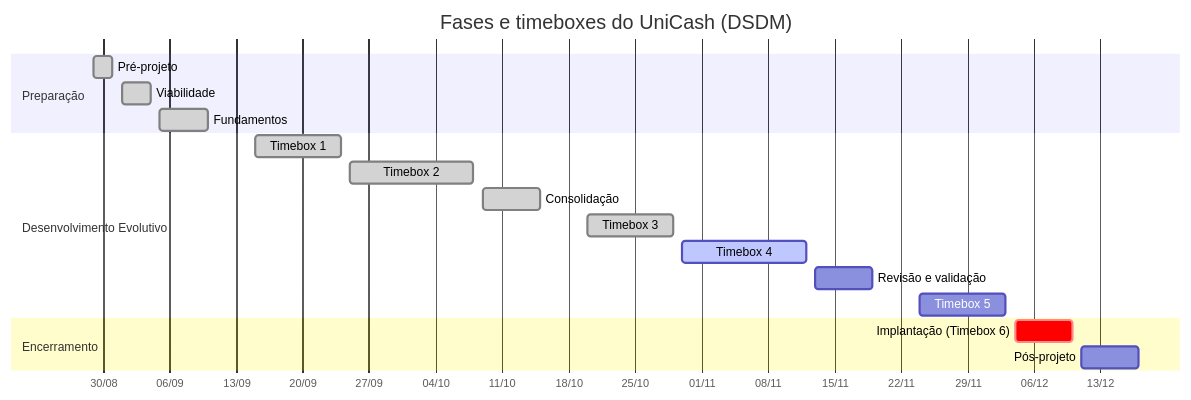
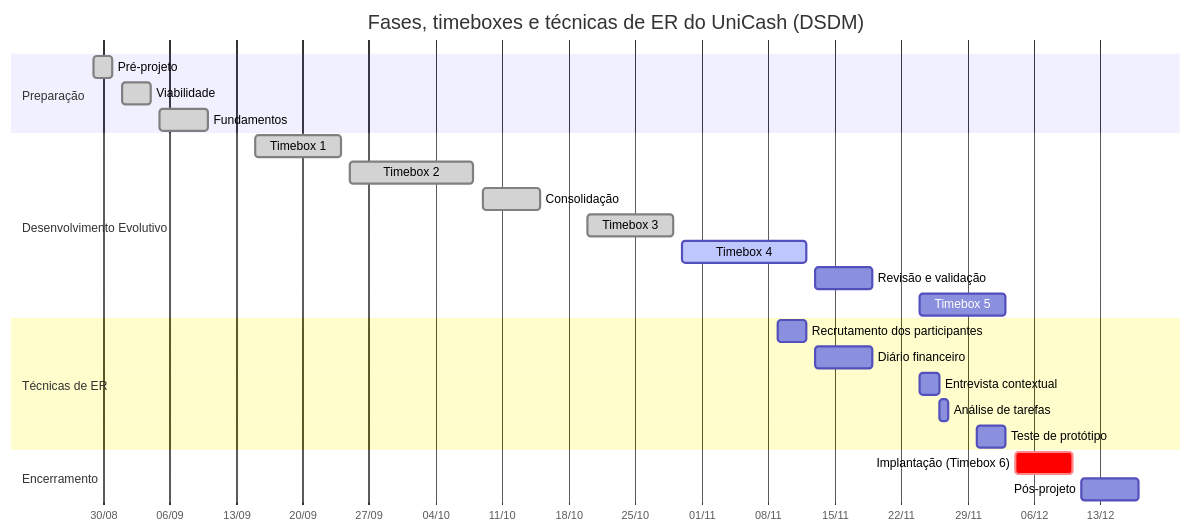
The diagram in unicash/docs/cronograma.md (mdsreq-fga-unb/REQ-2026.2-T02-UniCash), drawn with Mermaid before and after one commit. The commit also changed other lines of this file and 2 other files, not shown here.

````diff
--- a/unicash/docs/cronograma.md
+++ b/unicash/docs/cronograma.md
@@ -9,22 +23,28 @@
 ```mermaid
 gantt
-    title Fases e timeboxes do UniCash (DSDM)
+    title Fases, timeboxes e técnicas de ER do UniCash (DSDM)
     dateFormat YYYY-MM-DD
     axisFormat %d/%m
     todayMarker stroke-width:3px,stroke:#f59e0b
     section Preparação
     Pré-projeto                     :done, pp, 2026-08-29, 2026-08-31
     Viabilidade                     :done, vb, 2026-09-01, 2026-09-04
     Fundamentos                     :done, fd, 2026-09-05, 2026-09-10
     section Desenvolvimento Evolutivo
     Timebox 1                       :done, tb1, 2026-09-15, 2026-09-24
     Timebox 2                       :done, tb2, 2026-09-25, 2026-10-08
     Consolidação                    :done, cs1, 2026-10-09, 2026-10-15
     Timebox 3                       :done, tb3, 2026-10-20, 2026-10-29
     Timebox 4                       :active, tb4, 2026-10-30, 2026-11-12
     Revisão e validação             :rv, 2026-11-13, 2026-11-19
     Timebox 5                       :tb5, 2026-11-24, 2026-12-03
+    section Técnicas de ER
+    Recrutamento dos participantes  :rc, 2026-11-09, 2026-11-12
+    Diário financeiro               :df, 2026-11-13, 2026-11-19
+    Entrevista contextual           :ec, 2026-11-24, 2026-11-26
+    Análise de tarefas              :at, 2026-11-26, 2026-11-27
+    Teste de protótipo              :tp, 2026-11-30, 2026-12-03
     section Encerramento
     Implantação (Timebox 6)         :crit, im, 2026-12-04, 2026-12-10
     Pós-projeto                     :pos, 2026-12-11, 2026-12-17
 ```
````
